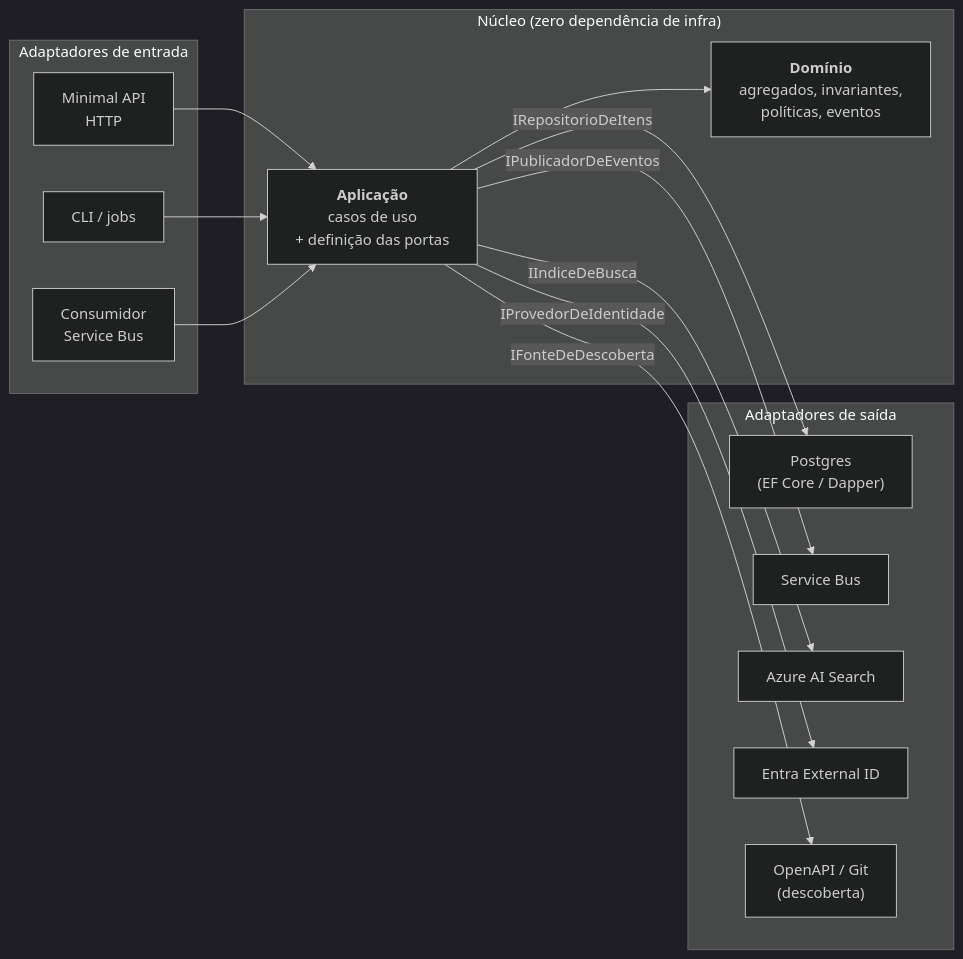
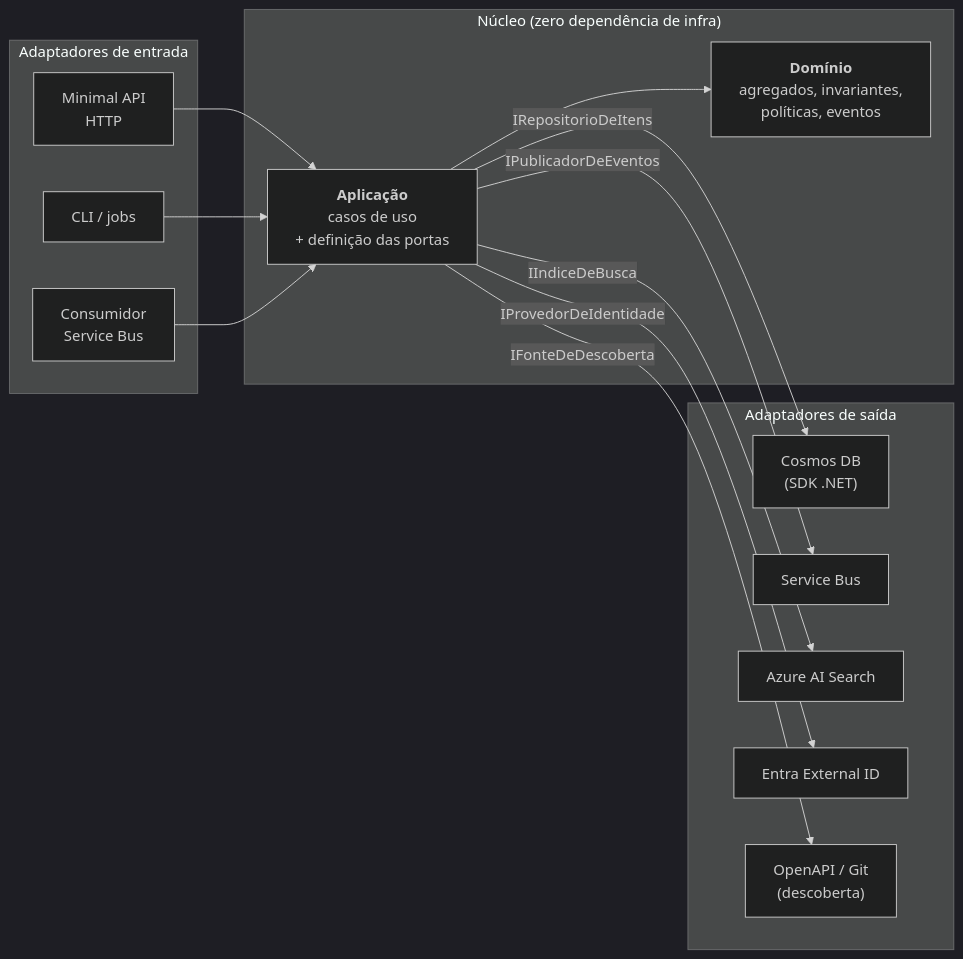
One commit to davidjeiel/Jornada-DDD changed the third of 3 diagrams in docs/ARQUITETURA.md. Above: the diagram before and after it, drawn with Mermaid (dark theme). The commit also changed other lines of this file and 62 other files, not shown here.

Commit message:
feat: Cosmos DB como único banco (ADR-0016); remove o Postgres

````diff
--- a/docs/ARQUITETURA.md
+++ b/docs/ARQUITETURA.md
@@ -166,31 +166,31 @@
 ```mermaid
 flowchart LR
   subgraph ADAPTIN["Adaptadores de entrada"]
     HTTP["Minimal API<br/>HTTP"]
     CLI["CLI / jobs"]
     MSG["Consumidor<br/>Service Bus"]
   end
 
   subgraph NUCLEO["Núcleo (zero dependência de infra)"]
     APP["<b>Aplicação</b><br/>casos de uso<br/>+ definição das portas"]
     DOM["<b>Domínio</b><br/>agregados, invariantes,<br/>políticas, eventos"]
     APP --> DOM
   end
 
   subgraph ADAPTOUT["Adaptadores de saída"]
-    PGA["Postgres<br/>(EF Core / Dapper)"]
+    PGA["Cosmos DB<br/>(SDK .NET)"]
     SBA["Service Bus"]
     SRA["Azure AI Search"]
     IDA["Entra External ID"]
     OAA["OpenAPI / Git<br/>(descoberta)"]
   end
 
   HTTP --> APP
   CLI --> APP
   MSG --> APP
   APP -->|IRepositorioDeItens| PGA
   APP -->|IPublicadorDeEventos| SBA
   APP -->|IIndiceDeBusca| SRA
   APP -->|IProvedorDeIdentidade| IDA
   APP -->|IFonteDeDescoberta| OAA
 ```
````
